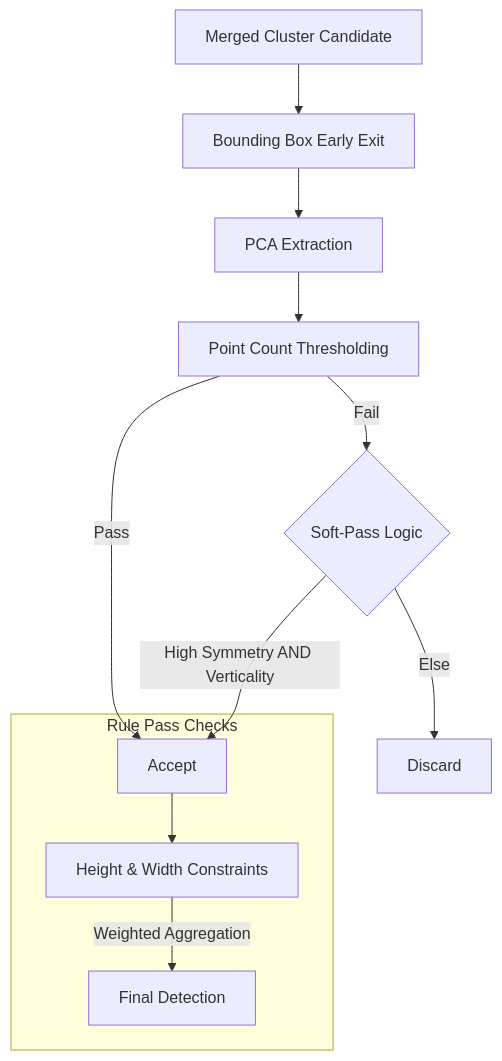
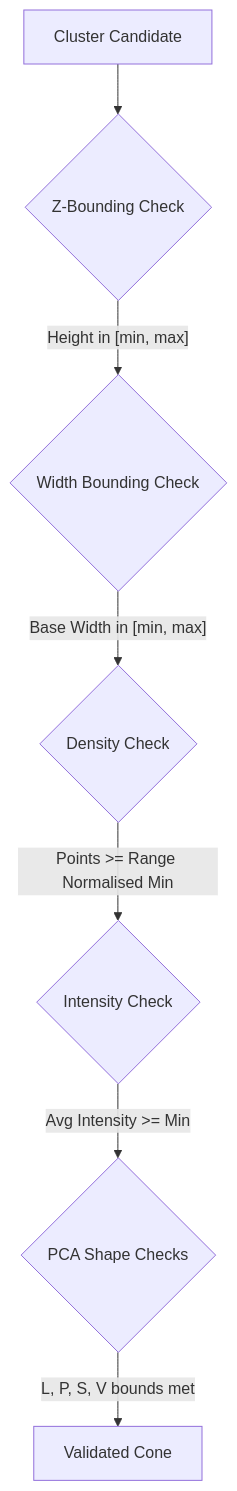
One commit to lorefargio/Lidar_based_Cone_Detection changed the diagram in docs/estimation.md. Above: the diagram before and after it, drawn with Mermaid. The commit also changed other lines of this file and 27 other files, not shown here.

````diff
--- a/docs/estimation.md
+++ b/docs/estimation.md
@@ -9,15 +37,9 @@
 ```mermaid
 graph TD
-    A[Merged Cluster Candidate] --> B[Bounding Box Early Exit]
-    B --> C[PCA Extraction]
-    C --> D[Point Count Thresholding]
-    D -- "Pass" --> G[Accept]
-    D -- "Fail" --> E{Soft-Pass Logic}
-    E -- "High Symmetry AND Verticality" --> G
-    E -- "Else" --> F[Discard]
-
-    subgraph "Rule Pass Checks"
-    G --> I[Height & Width Constraints]
-    I -- "Weighted Aggregation" --> J[Final Detection]
-    end
+    A[Cluster Candidate] --> B{Z-Bounding Check}
+    B -- "Height in [min, max]" --> C{Width Bounding Check}
+    C -- "Base Width in [min, max]" --> D{Density Check}
+    D -- "Points >= Range Normalised Min" --> E{Intensity Check}
+    E -- "Avg Intensity >= Min" --> F{PCA Shape Checks}
+    F -- "L, P, S, V bounds met" --> G[Validated Cone]
 ```
````
